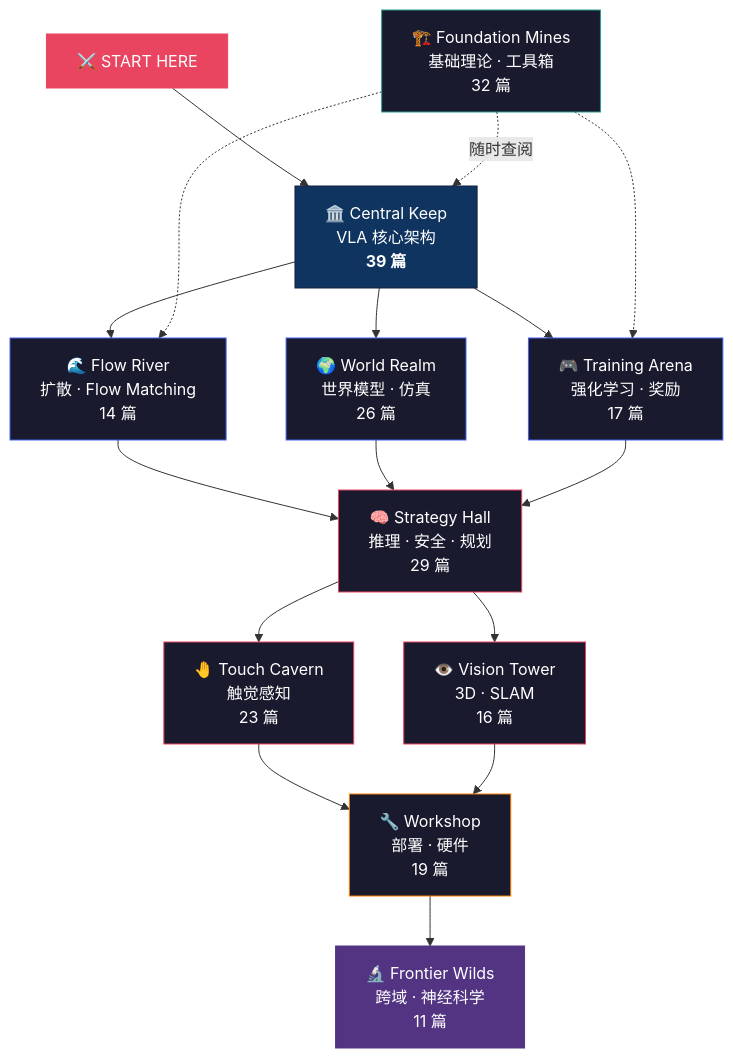
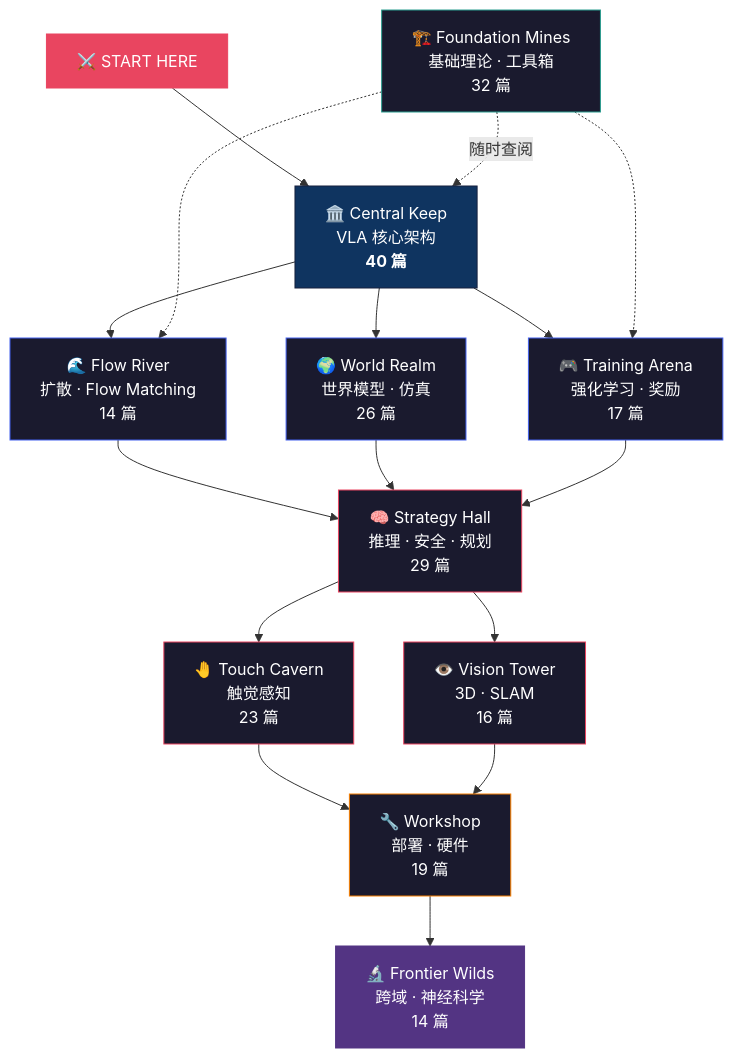
The diagram in theory/README.md (sou350121/VLA-Handbook), drawn with Mermaid before and after one commit. The commit also changed other lines of this file and 1 other file, not shown here.

Commit message:
fix(auto): update counts to 230

````diff
--- a/theory/README.md
+++ b/theory/README.md
@@ -27,36 +27,36 @@
 ```mermaid
 graph TD
-    START["⚔️ START HERE"] --> CORE["🏛️ Central Keep<br/>VLA 核心架构<br/><b>39 篇</b>"]
+    START["⚔️ START HERE"] --> CORE["🏛️ Central Keep<br/>VLA 核心架构<br/><b>40 篇</b>"]
 
     CORE --> FLOW["🌊 Flow River<br/>扩散 · Flow Matching<br/>14 篇"]
     CORE --> WORLD["🌍 World Realm<br/>世界模型 · 仿真<br/>26 篇"]
     CORE --> RL["🎮 Training Arena<br/>强化学习 · 奖励<br/>17 篇"]
 
     FLOW --> PLAN["🧠 Strategy Hall<br/>推理 · 安全 · 规划<br/>29 篇"]
     WORLD --> PLAN
     RL --> PLAN
 
     PLAN --> TOUCH["🤚 Touch Cavern<br/>触觉感知<br/>23 篇"]
     PLAN --> EYE["👁️ Vision Tower<br/>3D · SLAM<br/>16 篇"]
 
     TOUCH --> DEPLOY["🔧 Workshop<br/>部署 · 硬件<br/>19 篇"]
     EYE --> DEPLOY
 
-    DEPLOY --> FRONTIER["🔬 Frontier Wilds<br/>跨域 · 神经科学<br/>11 篇"]
+    DEPLOY --> FRONTIER["🔬 Frontier Wilds<br/>跨域 · 神经科学<br/>14 篇"]
 
     FOUND["🏗️ Foundation Mines<br/>基础理论 · 工具箱<br/>32 篇"] -.->|随时查阅| CORE
     FOUND -.-> FLOW
     FOUND -.-> RL
 
     style START fill:#e94560,stroke:#e94560,color:#fff
     style CORE fill:#0f3460,stroke:#16213e,color:#fff
     style FLOW fill:#1a1a2e,stroke:#4361ee,color:#fff
     style WORLD fill:#1a1a2e,stroke:#4361ee,color:#fff
     style RL fill:#1a1a2e,stroke:#4361ee,color:#fff
     style PLAN fill:#1a1a2e,stroke:#e94560,color:#fff
     style TOUCH fill:#1a1a2e,stroke:#e94560,color:#fff
     style EYE fill:#1a1a2e,stroke:#e94560,color:#fff
     style DEPLOY fill:#1a1a2e,stroke:#f77f00,color:#fff
     style FRONTIER fill:#533483,stroke:#533483,color:#fff
     style FOUND fill:#1a1a2e,stroke:#2a9d8f,color:#fff
 ```
````
